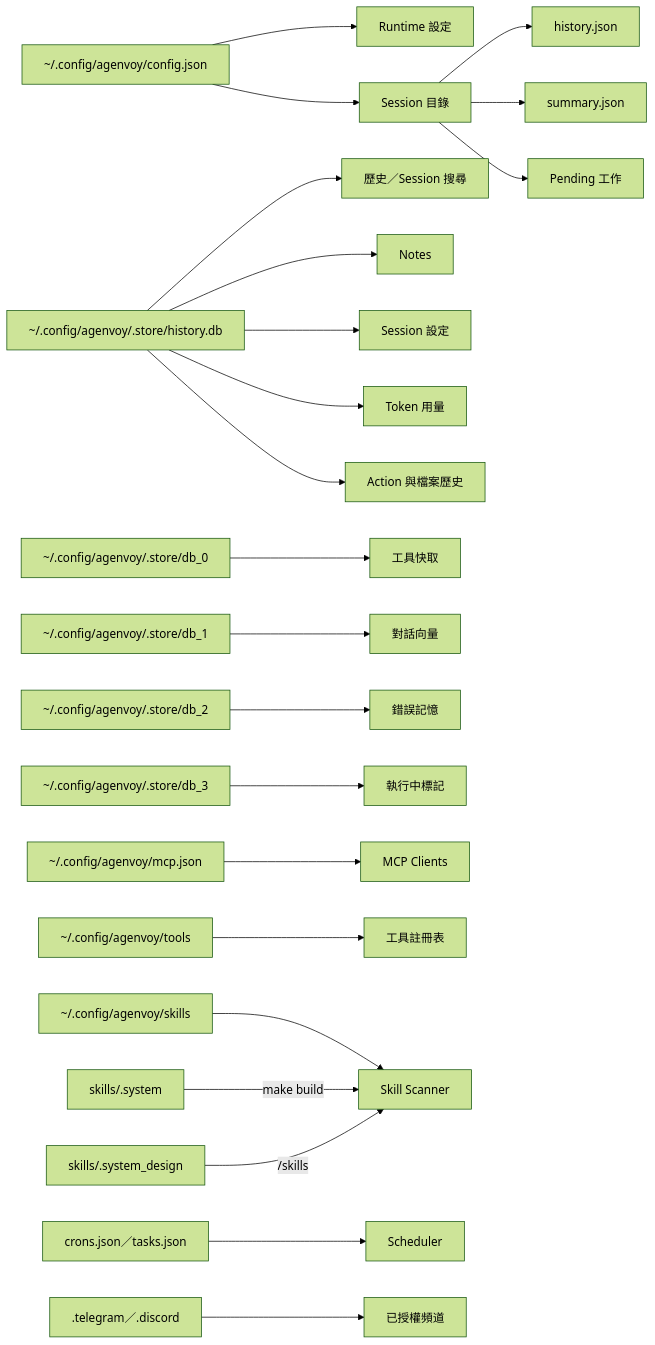
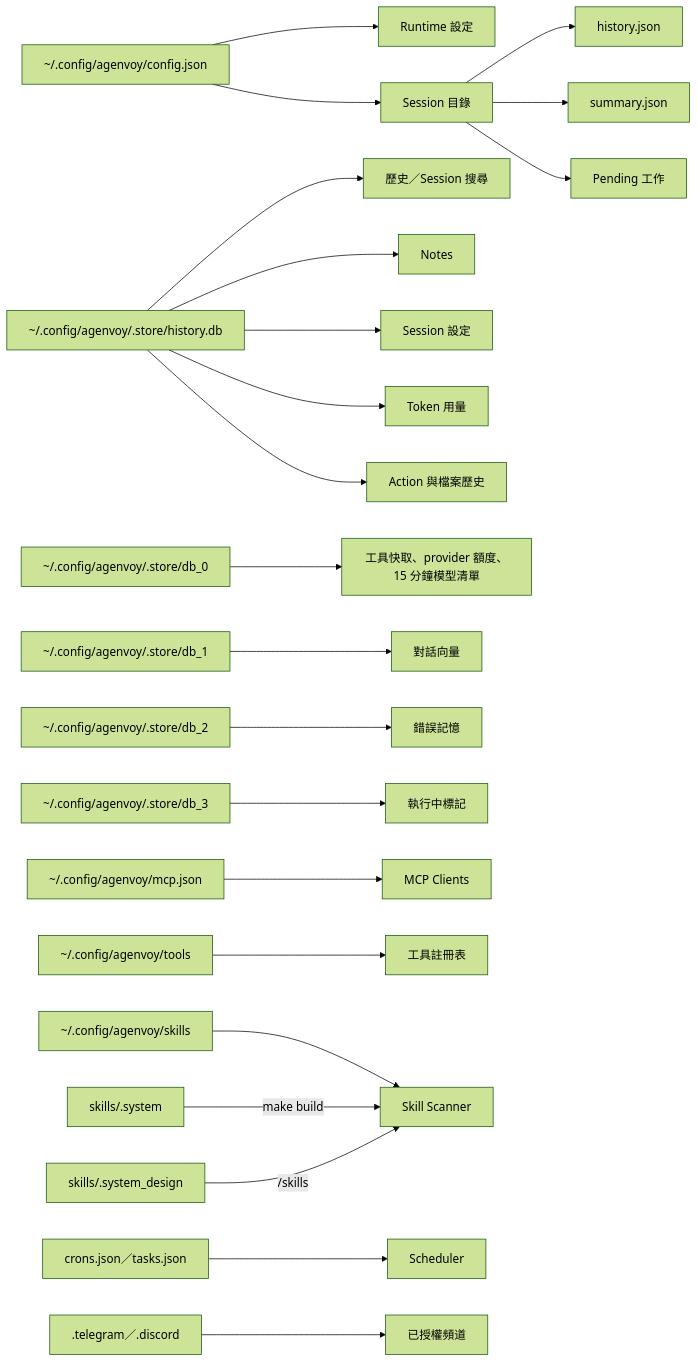
One commit to agenvoy/Agenvoy changed the ninth of 9 diagrams in doc/architecture.zh.md. Above: the diagram before and after it, drawn with Mermaid (forest theme). The commit also changed other lines of this file and 3 other files, not shown here.

````diff
--- a/doc/architecture.zh.md
+++ b/doc/architecture.zh.md
@@ -192,24 +192,24 @@
 ```mermaid
 flowchart LR
     Config[~/.config/agenvoy/config.json] --> Runtime[Runtime 設定]
     Config --> Sessions[Session 目錄]
     Sessions --> History[history.json]
     Sessions --> Summary[summary.json]
     Sessions --> Pending[Pending 工作]
     SQLite[~/.config/agenvoy/.store/history.db] --> Search[歷史／Session 搜尋]
     SQLite --> Notes[Notes]
     SQLite --> SessionConfig[Session 設定]
     SQLite --> Usage[Token 用量]
     SQLite --> ActionHistory[Action 與檔案歷史]
-    Torii0[~/.config/agenvoy/.store/db_0] --> ToolCache[工具快取]
+    Torii0[~/.config/agenvoy/.store/db_0] --> ToolCache[工具快取、provider 額度、15 分鐘模型清單]
     Torii1[~/.config/agenvoy/.store/db_1] --> SessionMemory[對話向量]
     Torii2[~/.config/agenvoy/.store/db_2] --> ErrorMemory[錯誤記憶]
     Torii3[~/.config/agenvoy/.store/db_3] --> Online[執行中標記]
     MCP[~/.config/agenvoy/mcp.json] --> MCPClients[MCP Clients]
     Tools[~/.config/agenvoy/tools] --> Registry[工具註冊表]
     Skills[~/.config/agenvoy/skills] --> Scanner[Skill Scanner]
     SystemSkills[skills/.system] -->|make build| Scanner
     DesignSkills[skills/.system_design] -->|/skills| Scanner
     Schedules[crons.json／tasks.json] --> Scheduler[Scheduler]
     Auth[.telegram／.discord] --> Channels[已授權頻道]
 ```
````
